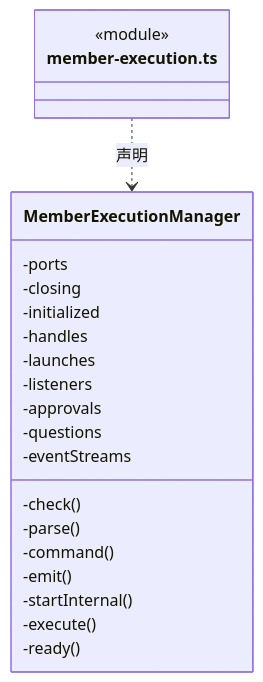
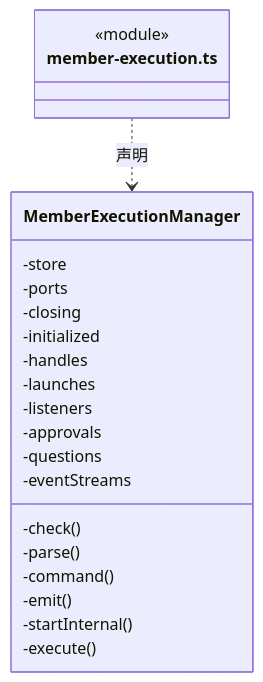
Diagram 18 of 33 in src/backend/scheduler-engine/execution/ARCHITECTURE.md (nan023062/cbim), drawn with Mermaid before and after one commit. The commit also changed other lines of this file and 55 other files, not shown here.

````diff
--- a/src/backend/scheduler-engine/execution/ARCHITECTURE.md
+++ b/src/backend/scheduler-engine/execution/ARCHITECTURE.md
@@ -464,25 +512,25 @@
 ```mermaid
 classDiagram
 class N_src_backend_scheduler_engine_execution_member_execution_ts["member-execution.ts"] {
   <<module>>
 }
 class N_src_backend_scheduler_engine_execution_member_execution_ts_MemberExecutionManager["MemberExecutionManager"] {
+  -store
   -ports
   -closing
   -initialized
   -handles
   -launches
   -listeners
   -approvals
   -questions
   -eventStreams
   -check()
   -parse()
   -command()
   -emit()
   -startInternal()
   -execute()
-  -ready()
 }
 N_src_backend_scheduler_engine_execution_member_execution_ts ..> N_src_backend_scheduler_engine_execution_member_execution_ts_MemberExecutionManager : 声明
 ```
````
